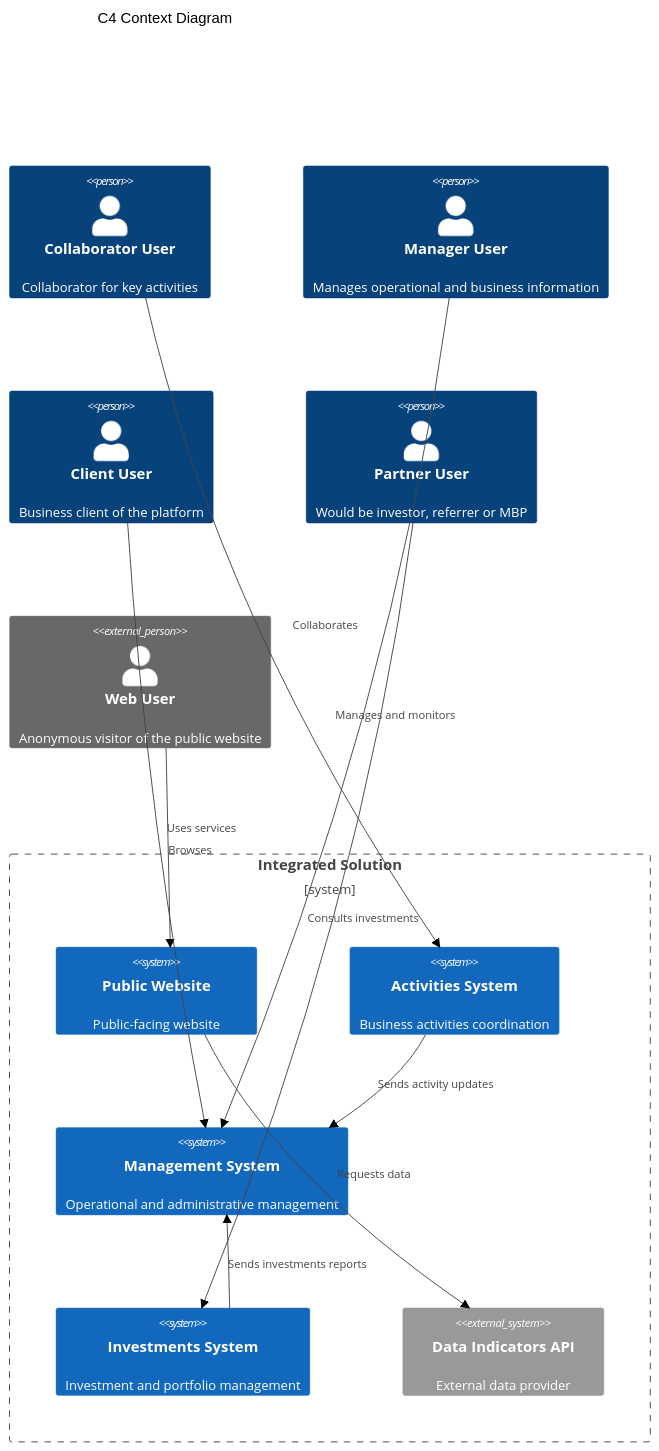
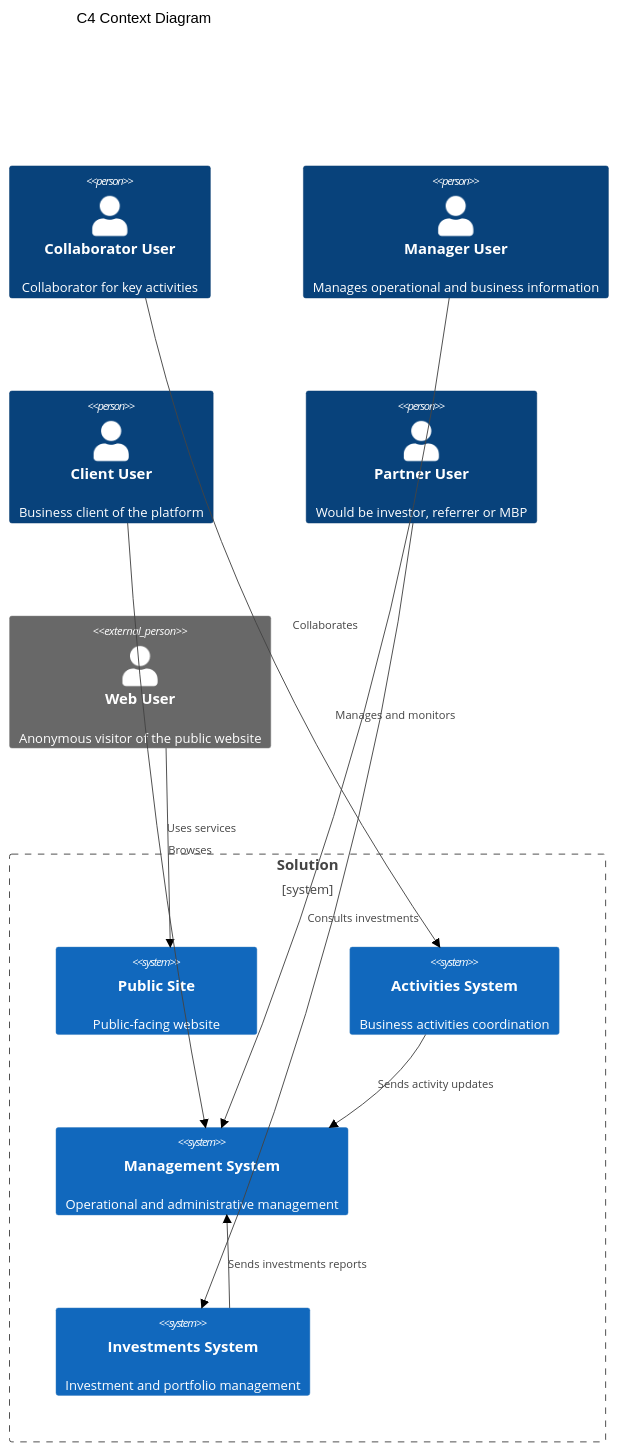
The first of 4 diagrams in ARCHITECTURE.md (git-jrm/management-system), drawn with Mermaid (neutral theme) before and after one commit.

````diff
--- a/ARCHITECTURE.md
+++ b/ARCHITECTURE.md
@@ -5,31 +5,28 @@
 ```mermaid
 C4Context
     title C4 Context Diagram
     
     Person(p_partner, "Collaborator User", "Collaborator for key activities")
     Person(p_mgmt, "Manager User", "Manages operational and business information")
     Person(p_client, "Client User", "Business client of the platform")
     Person(p_investor, "Partner User", "Would be investor, referrer or MBP")
     Person_Ext(p_web, "Web User", "Anonymous visitor of the public website")
 
-    Boundary(b_system, "Integrated Solution") {
+    Boundary(b_system, "Solution") {
 
-        System(sys_public_web, "Public Website", "Public-facing website")
+        System(sys_public_web, "Public Site", "Public-facing website")
         Rel(p_web, sys_public_web, "Browses")
 
         System(sys_activities, "Activities System", "Business activities coordination")
         Rel(p_partner, sys_activities, "Collaborates")
         Rel(sys_activities, sys_management, "Sends activity updates")
 
         System(sys_management, "Management System", "Operational and administrative management")
         Rel(p_client, sys_management, "Uses services")
         Rel(p_mgmt, sys_management, "Manages and monitors")
 
         System(sys_investments, "Investments System", "Investment and portfolio management")
         Rel(p_investor, sys_investments, "Consults investments")
         Rel(sys_investments, sys_management, "Sends investments reports")
-
-        System_Ext(ext_data_api, "Data Indicators API", "External data provider")
-        Rel(sys_public_web, ext_data_api, "Requests data")
     }
 ```
````
